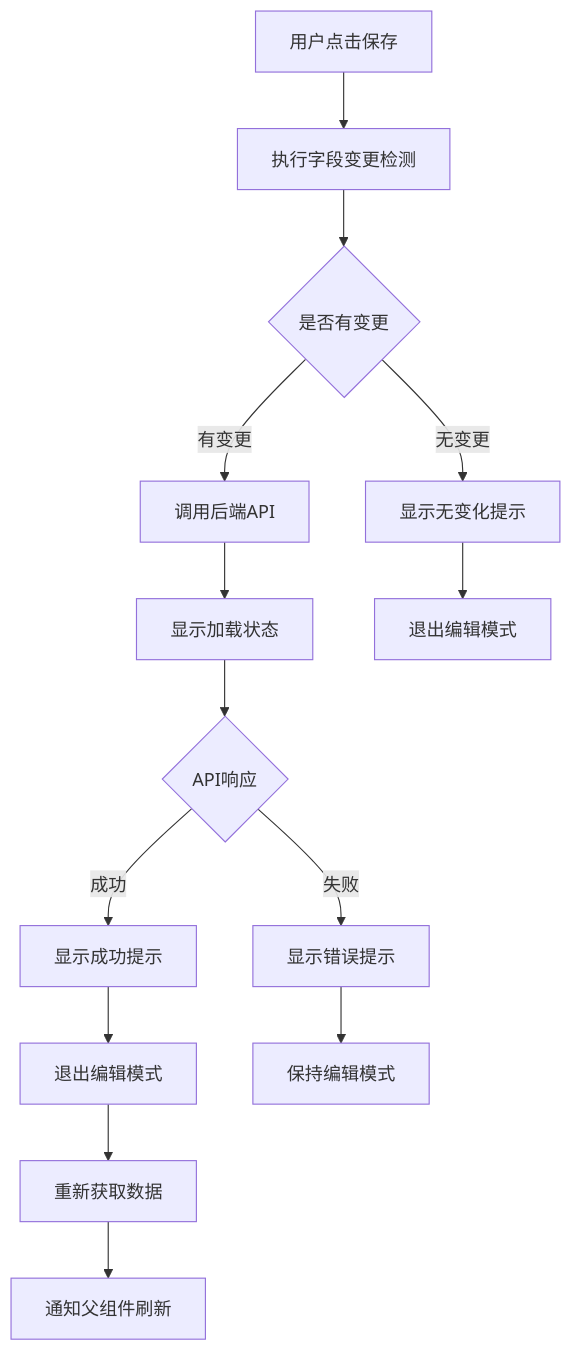
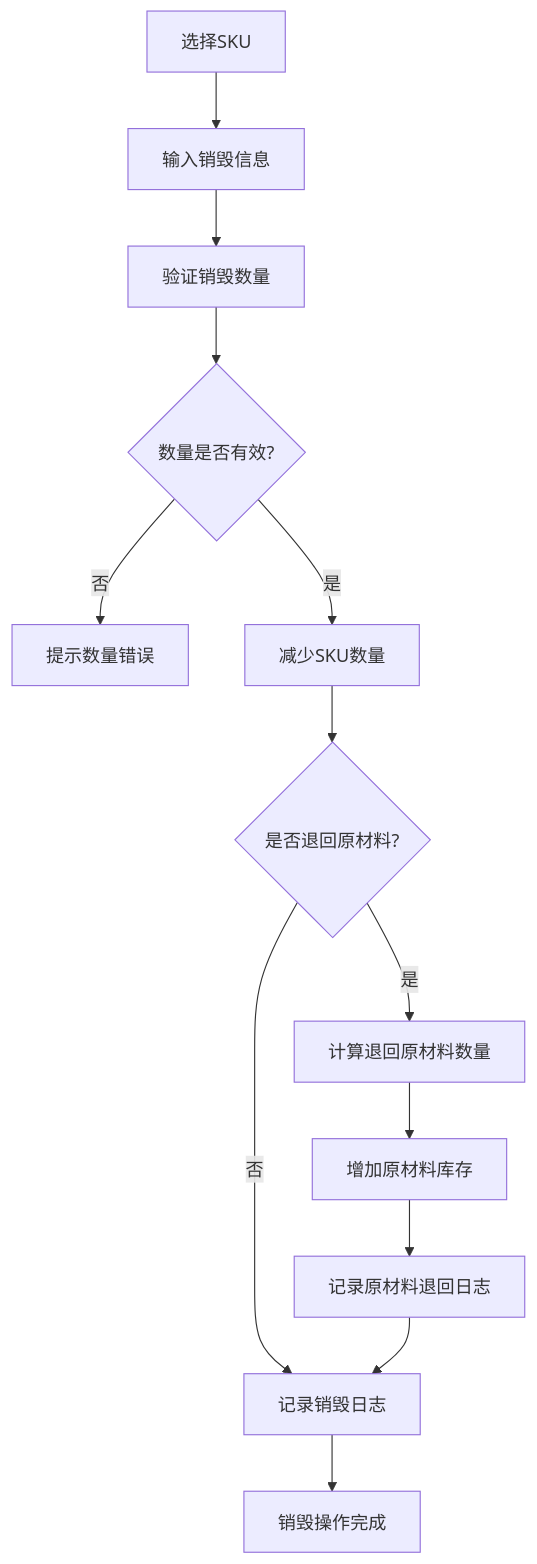
Diagram 12 of 14 in .trae/documents/05-业务流程详细规范文档.md (zhuoweishun/shuijing-erp), drawn with Mermaid before and after one commit. The commit also changed other lines of this file and 118 other files, not shown here.

````diff
--- a/.trae/documents/05-业务流程详细规范文档.md
+++ b/.trae/documents/05-业务流程详细规范文档.md
@@ -894,16 +445,15 @@
 ```mermaid
 flowchart TD
-    A[用户点击保存] --> B[执行字段变更检测]
-    B --> C{是否有变更}
-    C -->|无变更| D[显示无变化提示]
-    C -->|有变更| E[调用后端API]
-    E --> F[显示加载状态]
-    F --> G{API响应}
-    G -->|成功| H[显示成功提示]
-    G -->|失败| I[显示错误提示]
-    H --> J[退出编辑模式]
-    J --> K[重新获取数据]
-    K --> L[通知父组件刷新]
-    I --> M[保持编辑模式]
-    D --> N[退出编辑模式]
+    A[选择SKU] --> B[输入销毁信息]
+    B --> C[验证销毁数量]
+    C --> D{数量是否有效?}
+    D -->|否| E[提示数量错误]
+    D -->|是| F[减少SKU数量]
+    F --> G{是否退回原材料?}
+    G -->|是| H[计算退回原材料数量]
+    G -->|否| I[记录销毁日志]
+    H --> J[增加原材料库存]
+    J --> K[记录原材料退回日志]
+    K --> I
+    I --> L[销毁操作完成]
 ```
````
